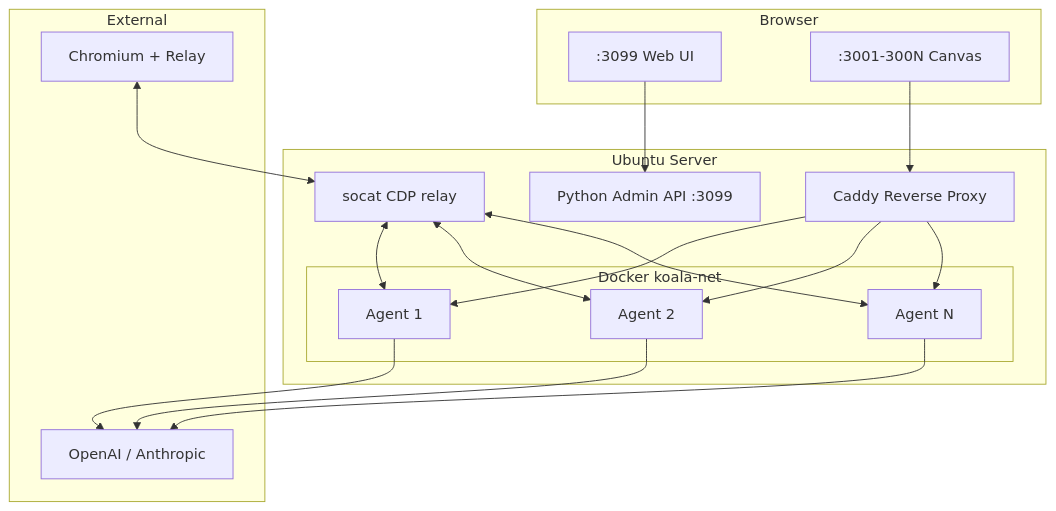
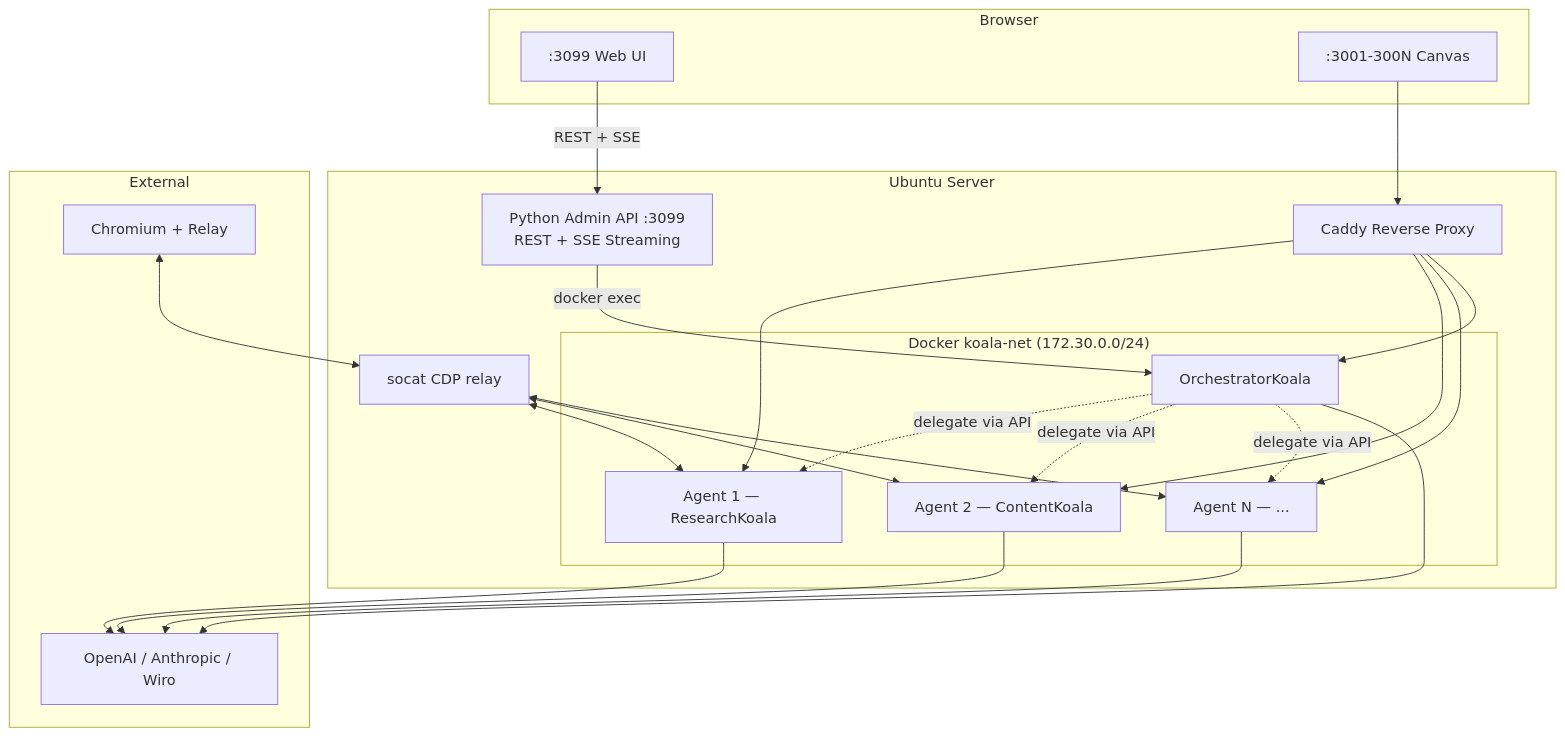
One commit to alicanti/koalaclaw changed the diagram in README.md. Above: the diagram before and after it, drawn with Mermaid. The commit also changed other lines of this file and 2 other files, not shown here.

````diff
--- a/README.md
+++ b/README.md
@@ -214,31 +228,34 @@
 ```mermaid
 graph TB
     subgraph ClientLayer["Browser"]
         UI[":3099 Web UI"]
         Canvas[":3001-300N Canvas"]
     end
 
     subgraph Server["Ubuntu Server"]
-        AdminAPI["Python Admin API :3099"]
+        AdminAPI["Python Admin API :3099<br>REST + SSE Streaming"]
         Caddy["Caddy Reverse Proxy"]
         Socat["socat CDP relay"]
 
-        subgraph Docker["Docker koala-net"]
-            A1["Agent 1"]
-            A2["Agent 2"]
-            AN["Agent N"]
+        subgraph Docker["Docker koala-net (172.30.0.0/24)"]
+            A1["Agent 1 — ResearchKoala"]
+            A2["Agent 2 — ContentKoala"]
+            AN["Agent N — ..."]
+            ORCH["OrchestratorKoala"]
         end
     end
 
     subgraph External["External"]
-        AI["OpenAI / Anthropic"]
+        AI["OpenAI / Anthropic / Wiro"]
         Chromium["Chromium + Relay"]
     end
 
-    UI --> AdminAPI
+    UI -->|"REST + SSE"| AdminAPI
+    AdminAPI -->|"docker exec"| ORCH
+    ORCH -.->|"delegate via API"| A1 & A2 & AN
     Canvas --> Caddy
-    Caddy --> A1 & A2 & AN
-    A1 & A2 & AN --> AI
+    Caddy --> A1 & A2 & AN & ORCH
+    A1 & A2 & AN & ORCH --> AI
     Chromium <--> Socat
     Socat <--> A1 & A2 & AN
 ```
````
